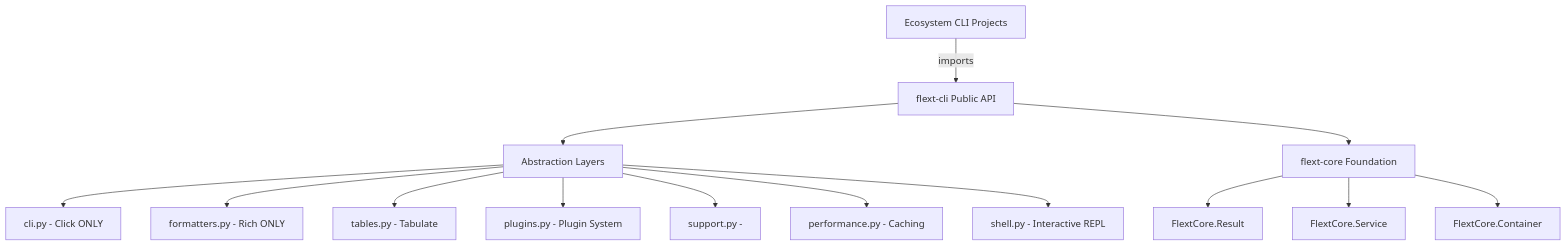
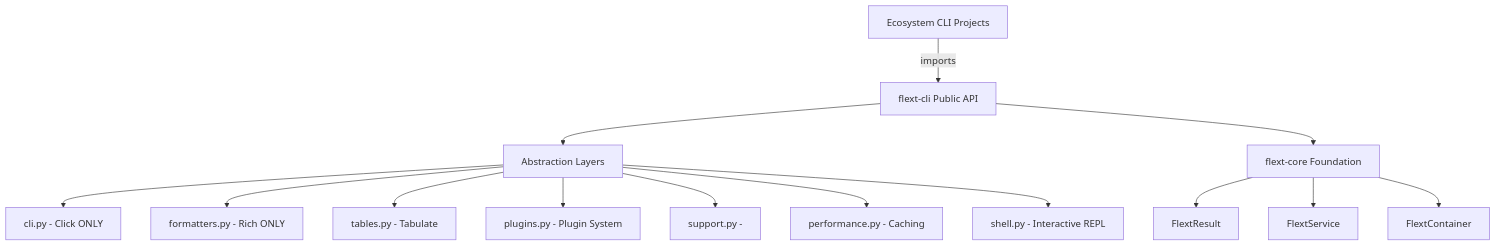
One commit to flext-sh/flext-cli changed the diagram in README.md. Above: the diagram before and after it, drawn with Mermaid. The commit also changed other lines of this file and 63 other files, not shown here.

````diff
--- a/README.md
+++ b/README.md
@@ -81,17 +81,17 @@
 ```mermaid
 graph TB
     A[Ecosystem CLI Projects] -->|imports| B[flext-cli Public API]
     B --> C[Abstraction Layers]
     C --> D[cli.py - Click ONLY]
     C --> E[formatters.py - Rich ONLY]
     C --> F[tables.py - Tabulate]
     C --> G[plugins.py - Plugin System]
     C --> H[support.py - ]
     C --> I[performance.py - Caching]
     C --> J[shell.py - Interactive REPL]
 
     B --> K[flext-core Foundation]
-    K --> L[FlextCore.Result]
-    K --> M[FlextCore.Service]
-    K --> N[FlextCore.Container]
+    K --> L[FlextResult]
+    K --> M[FlextService]
+    K --> N[FlextContainer]
 ```
````
